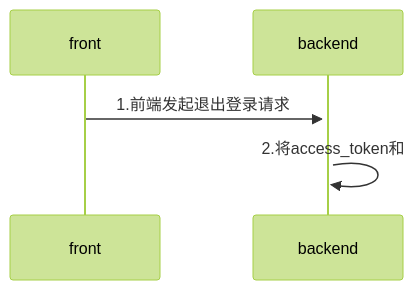
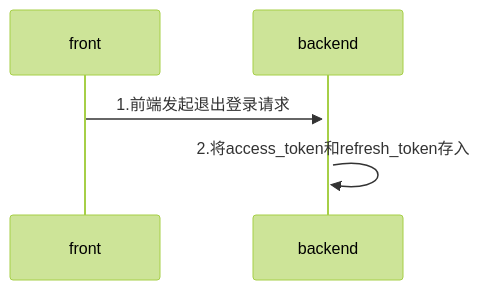
One commit to yingjianzh/iodraw-files changed the diagram in all/未命名-4.md. Above: the diagram before and after it, drawn with Mermaid (forest theme).

Commit message:
2024-08-05 11:18:47 update

````diff
--- a/all/未命名-4.md
+++ b/all/未命名-4.md
@@ -1,6 +1,6 @@
 ```mermaid
 sequenceDiagram
     front->>+backend: 1.前端发起退出登录请求
-    backend->>backend: 2.将access_token和
+    backend->>backend: 2.将access_token和refresh_token存入
    
 ```
````
